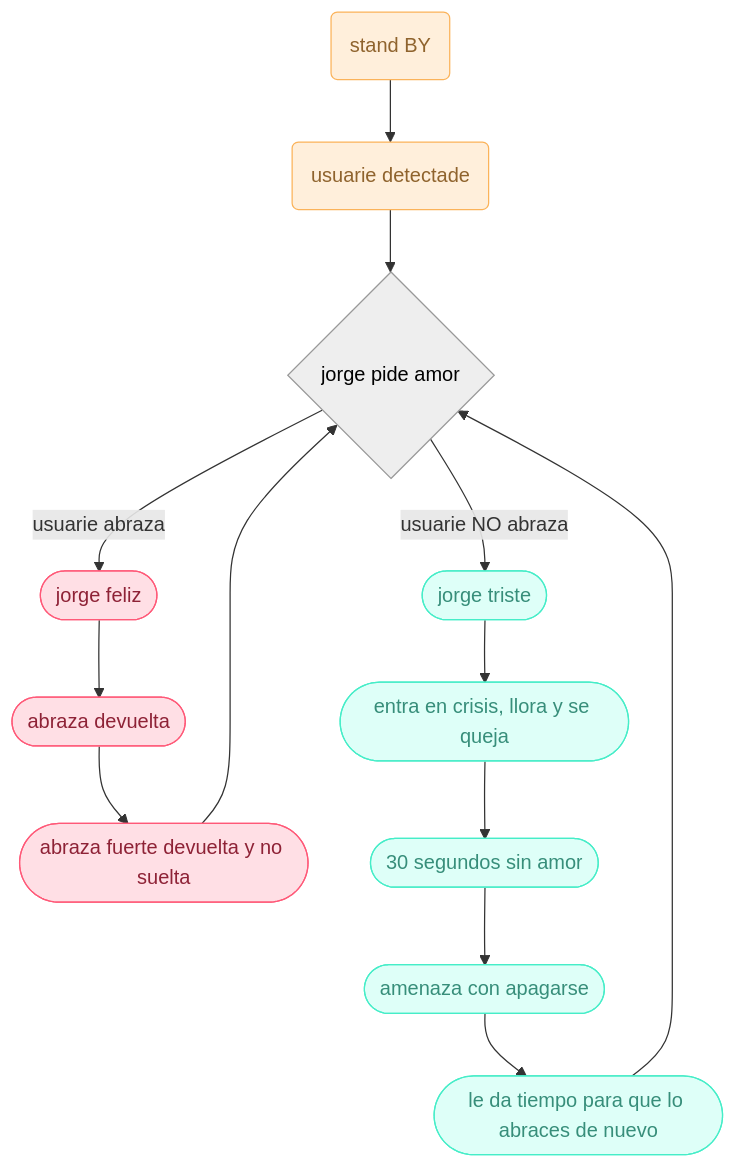
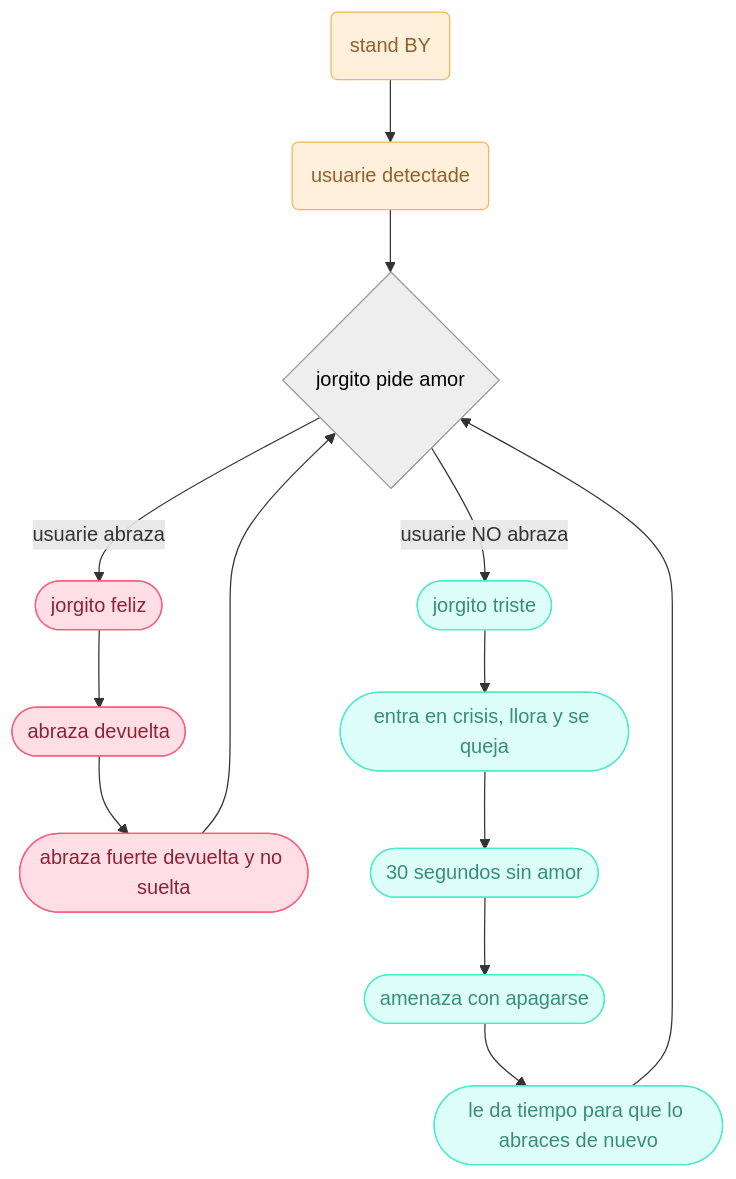
Before and after one commit to disenoUDP/dis8645-2025-2-proyectos: the diagram in 00-examen/grupo-03/README.md, drawn with Mermaid. The commit also changed other lines of this file, not shown here.

Commit message:
redacción proyecto jorgito

````diff
--- a/00-examen/grupo-03/README.md
+++ b/00-examen/grupo-03/README.md
@@ -53,34 +67,34 @@
 ```mermaid
 flowchart TB
     A["stand BY"] --> B["usuarie detectade"]
-    B --> C["jorge pide amor"]
-    C -- usuarie abraza --> F(["jorge feliz"])
+    B --> C["jorgito pide amor"]
+    C -- usuarie abraza --> F(["jorgito feliz"])
     F --> K(["abraza devuelta"])
     K --> L(["abraza fuerte devuelta y no suelta"])
     L --> C
-    C -- usuarie NO abraza --> G(["jorge triste"])
+    C -- usuarie NO abraza --> G(["jorgito triste"])
     G --> D(["entra en crisis, llora y se queja"])
     D --> E(["30 segundos sin amor"])
     E --> H(["amenaza con apagarse"])
     H --> I(["le da tiempo para que lo abraces de nuevo"])
     I --> C
 
     A@{ shape: rounded}
     B@{ shape: rounded}
     C@{ shape: diam}
      A:::Peach
      B:::Peach
      C:::Ash
      F:::Rose
      K:::Rose
      L:::Rose
      G:::Aqua
      D:::Aqua
      E:::Aqua
      H:::Aqua
      I:::Aqua
     classDef Peach stroke-width:1px, stroke-dasharray:none, stroke:#FBB35A, fill:#FFEFDB, color:#8F632D
     classDef Rose stroke-width:1px, stroke-dasharray:none, stroke:#FF5978, fill:#FFDFE5, color:#8E2236
     classDef Aqua stroke-width:1px, stroke-dasharray:none, stroke:#46EDC8, fill:#DEFFF8, color:#378E7A
     classDef Ash stroke-width:1px, stroke-dasharray:none, stroke:#999999, fill:#EEEEEE, color:#000000
 ```
````
